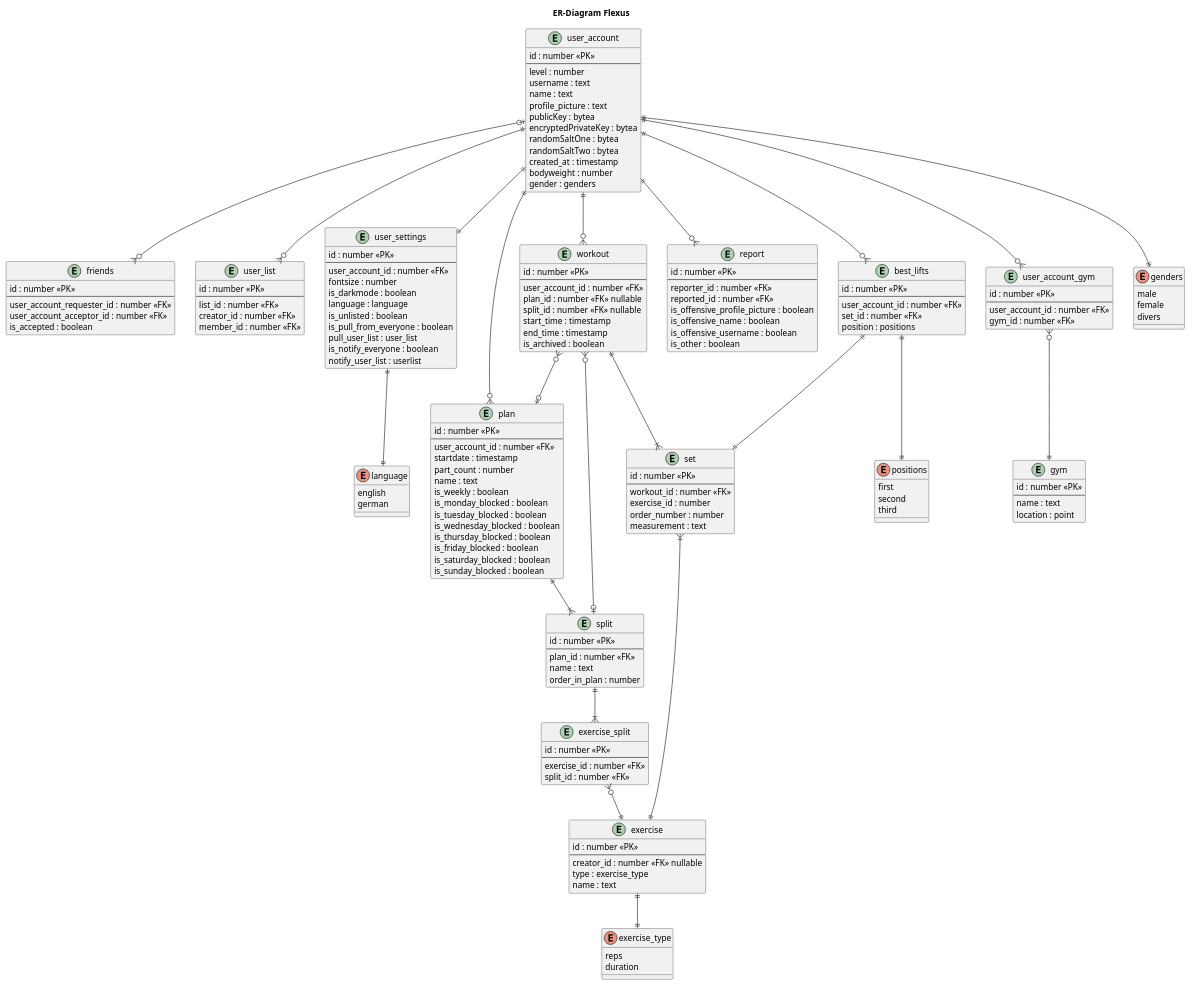
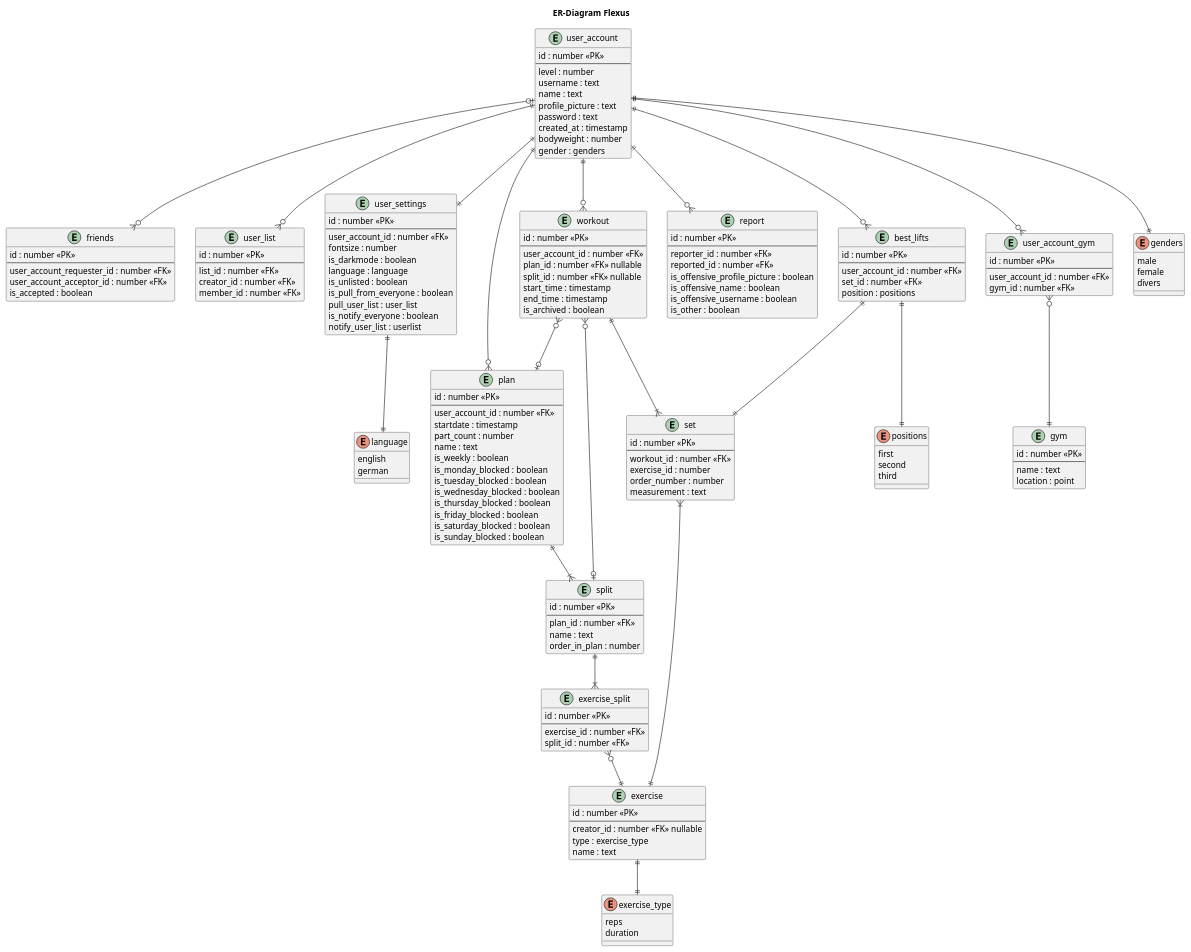
One commit to danielholzwarth/flexus changed the diagram in backend/docs/er-diagram-postgres.plantuml. Above: the diagram before and after it, drawn with PlantUML. The commit also changed 17 other files, not shown here.

```diff
--- a/backend/docs/er-diagram-postgres.plantuml
+++ b/backend/docs/er-diagram-postgres.plantuml
@@ -1,189 +1,186 @@
 @startuml test
 title ER-Diagram Flexus
 
 entity user_account {
     id : number <<PK>>
     --
     level : number
     username : text
     name : text
     profile_picture : text
-    publicKey : bytea
-    encryptedPrivateKey : bytea
-    randomSaltOne : bytea
-    randomSaltTwo : bytea
+    password : text
     created_at : timestamp
     bodyweight : number
     gender : genders
 }
 
 entity friends {
     id : number <<PK>>
     --
     user_account_requester_id : number <<FK>>
     user_account_acceptor_id : number <<FK>>
     is_accepted : boolean
 }
 
 entity user_list {
     id : number <<PK>>
     --
     list_id : number <<FK>>
     creator_id : number <<FK>>
     member_id : number <<FK>>
 }
 
 
 entity user_settings {
     id : number <<PK>>
     --
     user_account_id : number <<FK>>
     fontsize : number
     is_darkmode : boolean
     language : language
     is_unlisted : boolean
     is_pull_from_everyone : boolean
     pull_user_list : user_list
     is_notify_everyone : boolean
     notify_user_list : userlist
 }
 
 entity plan {
     id : number <<PK>>
     --
     user_account_id : number <<FK>>
     startdate : timestamp
     part_count : number
     name : text
     is_weekly : boolean
     is_monday_blocked : boolean
     is_tuesday_blocked : boolean
     is_wednesday_blocked : boolean
     is_thursday_blocked : boolean
     is_friday_blocked : boolean
     is_saturday_blocked : boolean
     is_sunday_blocked : boolean
 }
 
 entity split {
     id : number <<PK>>
     --
     plan_id : number <<FK>>
     name : text
     order_in_plan : number
 }
 
 entity exercise {
     id : number <<PK>>
     --
     creator_id : number <<FK>> nullable
     type : exercise_type
     name : text
 }
 
 entity set {
     id : number <<PK>>
     --
     workout_id : number <<FK>>
     exercise_id : number
     order_number : number
     measurement : text
 }
 
 entity workout {
     id : number <<PK>>
     --
     user_account_id : number <<FK>>
     plan_id : number <<FK>> nullable
     split_id : number <<FK>> nullable
     start_time : timestamp
     end_time : timestamp
     is_archived : boolean
 }
 
 entity gym {
     id : number <<PK>>
     --
     name : text
     location : point
 }
 
 entity report {
     id : number <<PK>>
     --
     reporter_id : number <<FK>>
     reported_id : number <<FK>>
     is_offensive_profile_picture : boolean
     is_offensive_name : boolean
     is_offensive_username : boolean
     is_other : boolean
 }
 
 entity user_account_gym {
     id : number <<PK>>
     --
     user_account_id : number <<FK>>
     gym_id : number <<FK>>
 }
 
 entity exercise_split {
     id : number <<PK>>
     --
     exercise_id : number <<FK>>
     split_id : number <<FK>>
 }
 
 entity best_lifts {
     id : number <<PK>>
     --
     user_account_id : number <<FK>>
     set_id : number <<FK>>
     position : positions
 }
 
 enum exercise_type {
     reps
     duration
 }
 
 enum genders {
     male
     female
     divers
 }
 
 enum language {
     english
     german
 }
 
 enum positions {
     first
     second
     third
 }
 
 
 user_account ||--|| user_settings
 user_account ||--|| genders
 user_account ||--o{ user_account_gym
 user_account_gym }o--|| gym 
 user_account |o--o{ friends
 user_account ||--o{ user_list
 user_account ||--o{ workout 
 user_account ||--o{ report 
 user_account ||--o{ best_lifts
 user_settings ||--|| language
 best_lifts ||--|| set
 best_lifts ||--|| positions
 exercise ||--|| exercise_type
 user_account ||--o{ plan
 plan ||--|{ split
 split ||--|{ exercise_split
 exercise_split }o--|| exercise
 set }|--|| exercise
 workout }o--o| plan
 workout }o--o| split
 workout ||--|{ set
 
 @enduml
```
